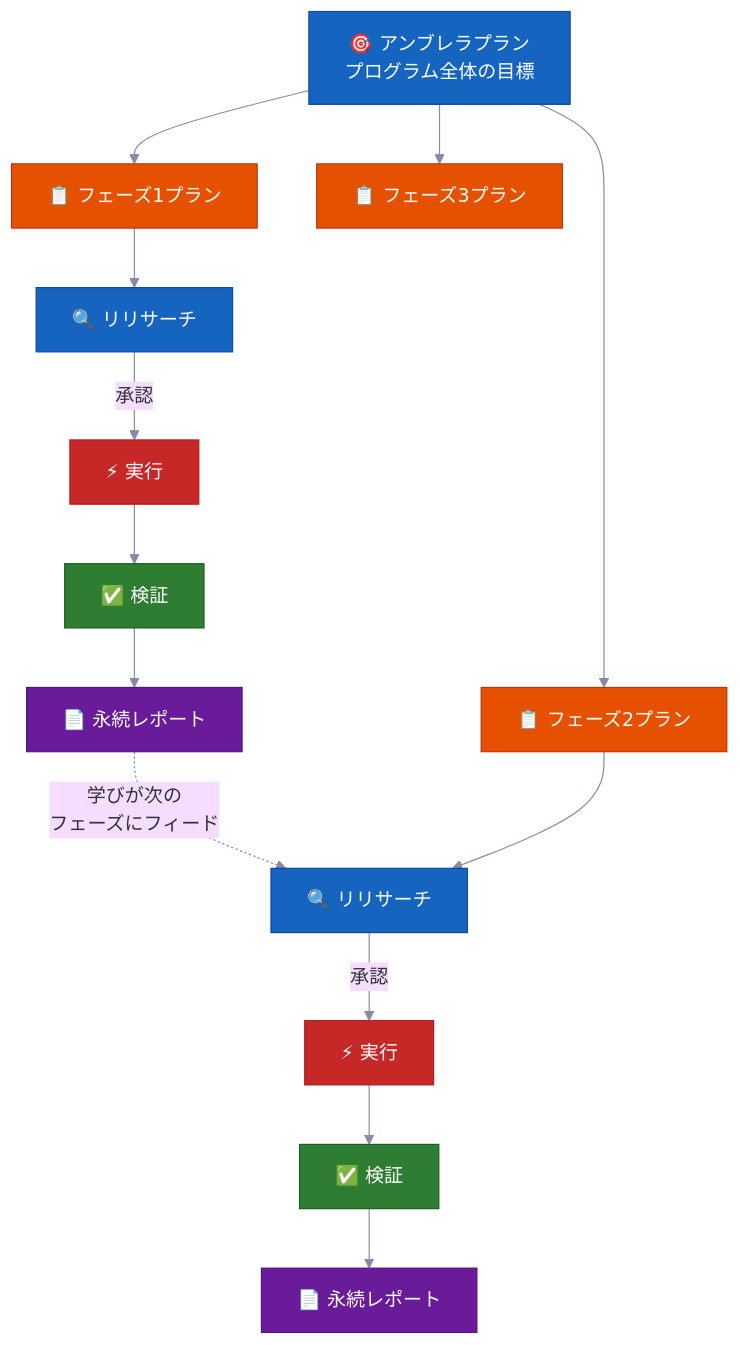
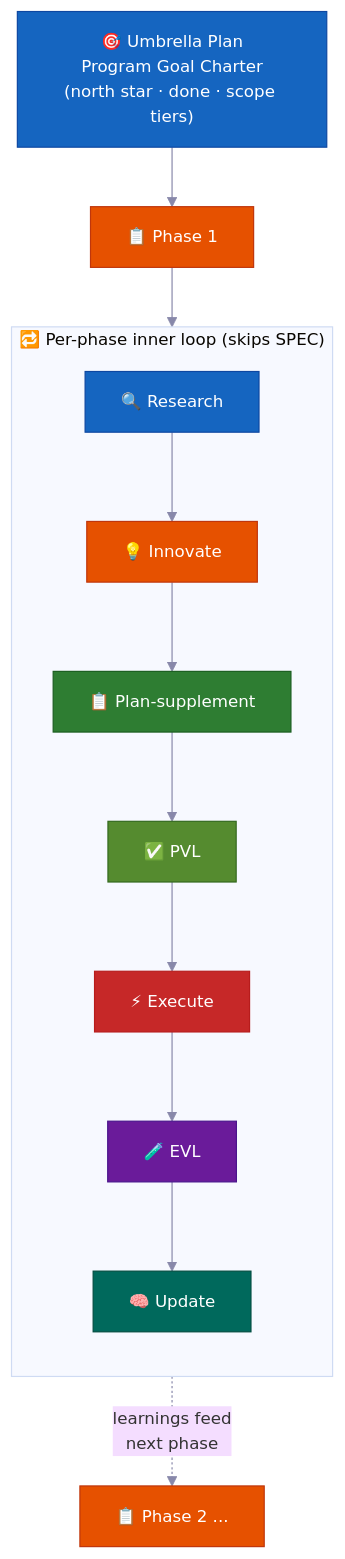
One commit to Erlangga15/vibecode-pro-max-kit changed diagram 12 of 14 in docs/i18n/README.ja-JP.md. Above: the diagram before and after it, drawn with Mermaid. The commit also changed other lines of this file and 43 other files, not shown here.

````diff
--- a/docs/i18n/README.ja-JP.md
+++ b/docs/i18n/README.ja-JP.md
@@ -921,46 +1231,33 @@
 ```mermaid
-%%{init: {'theme': 'base', 'themeVariables': {'fontSize': '16px', 'lineColor': '#8888AA'}} }%%
+%%{init: {'theme': 'base', 'themeVariables': {'fontSize': '14px', 'lineColor': '#8888AA'}} }%%
 flowchart TD
-    UP["🎯 アンブレラプラン\nプログラム全体の目標"]
-    P1["📋 フェーズ1プラン"]
-    P2["📋 フェーズ2プラン"]
-    P3["📋 フェーズ3プラン"]
+    UP["🎯 Umbrella Plan\nProgram Goal Charter\n(north star · done · scope tiers)"]
+    P1["📋 Phase 1"]
+    P2["📋 Phase 2 ..."]
 
-    R1["🔍 リリサーチ"]
-    E1["⚡ 実行"]
-    V1["✅ 検証"]
-    RP1["📄 永続レポート"]
+    subgraph LOOP["🔁 Per-phase inner loop (skips SPEC)"]
+        direction TB
+        R["🔍 Research"]
+        I["💡 Innovate"]
+        PL["📋 Plan-supplement"]
+        PVL["✅ PVL"]
+        EX["⚡ Execute"]
+        EVL["🧪 EVL"]
+        UPD["🧠 Update"]
+        R --> I --> PL --> PVL --> EX --> EVL --> UPD
+    end
 
-    R2["🔍 リリサーチ"]
-    E2["⚡ 実行"]
-    V2["✅ 検証"]
-    RP2["📄 永続レポート"]
-
-    UP --> P1
-    UP --> P2
-    UP --> P3
-
-    P1 --> R1
-    R1 -->|"承認"| E1
-    E1 --> V1
-    V1 --> RP1
-    RP1 -.->|"学びが次の\nフェーズにフィード"| R2
-
-    P2 --> R2
-    R2 -->|"承認"| E2
-    E2 --> V2
-    V2 --> RP2
+    UP --> P1 --> LOOP
+    LOOP -.->|"learnings feed\nnext phase"| P2
 
     style UP fill:#1565C0,stroke:#0D47A1,color:#FFFFFF
     style P1 fill:#E65100,stroke:#BF360C,color:#FFFFFF
     style P2 fill:#E65100,stroke:#BF360C,color:#FFFFFF
-    style P3 fill:#E65100,stroke:#BF360C,color:#FFFFFF
-    style R1 fill:#1565C0,stroke:#0D47A1,color:#FFFFFF
-    style E1 fill:#C62828,stroke:#B71C1C,color:#FFFFFF
-    style V1 fill:#2E7D32,stroke:#1B5E20,color:#FFFFFF
-    style RP1 fill:#6A1B9A,stroke:#4A148C,color:#FFFFFF
-    style R2 fill:#1565C0,stroke:#0D47A1,color:#FFFFFF
-    style E2 fill:#C62828,stroke:#B71C1C,color:#FFFFFF
-    style V2 fill:#2E7D32,stroke:#1B5E20,color:#FFFFFF
-    style RP2 fill:#6A1B9A,stroke:#4A148C,color:#FFFFFF
+    style R fill:#1565C0,stroke:#0D47A1,color:#FFFFFF
+    style I fill:#E65100,stroke:#BF360C,color:#FFFFFF
+    style PL fill:#2E7D32,stroke:#1B5E20,color:#FFFFFF
+    style PVL fill:#558B2F,stroke:#33691E,color:#FFFFFF
+    style EX fill:#C62828,stroke:#B71C1C,color:#FFFFFF
+    style EVL fill:#6A1B9A,stroke:#4A148C,color:#FFFFFF
+    style UPD fill:#00695C,stroke:#004D40,color:#FFFFFF
 ```
````
